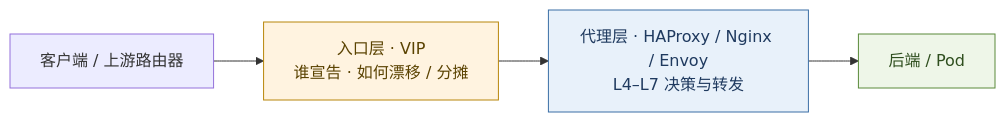
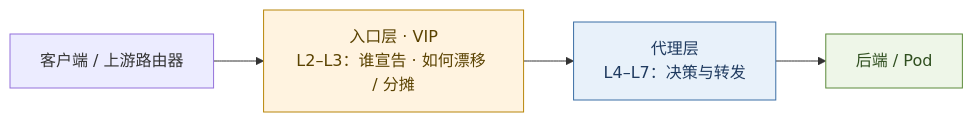
The sixth of 7 diagrams in 20-architecture/21a-haproxy-nginx-envoy-treatise.md (xiaxinyu/knowledge_base), drawn with Mermaid before and after one commit. The commit also changed other lines of this file and 1 other file, not shown here.

````diff
--- a/20-architecture/21a-haproxy-nginx-envoy-treatise.md
+++ b/20-architecture/21a-haproxy-nginx-envoy-treatise.md
@@ -443,10 +499,10 @@
 ```mermaid
 flowchart LR
   classDef vip fill:#fff3e0,stroke:#b8860b,color:#5a4200
   classDef px fill:#e8f1fa,stroke:#3b6ea5,color:#1f3a5f
   classDef be fill:#eef6e8,stroke:#5a8a3a,color:#2f4f1f
 
-  C["客户端 / 上游路由器"] --> V["入口层 · VIP<br/>谁宣告 · 如何漂移 / 分摊"]:::vip
-  V --> P["代理层 · HAProxy / Nginx / Envoy<br/>L4–L7 决策与转发"]:::px
+  C["客户端 / 上游路由器"] --> V["入口层 · VIP<br/>L2–L3：谁宣告 · 如何漂移 / 分摊"]:::vip
+  V --> P["代理层<br/>L4–L7：决策与转发"]:::px
   P --> B["后端 / Pod"]:::be
 ```
````
